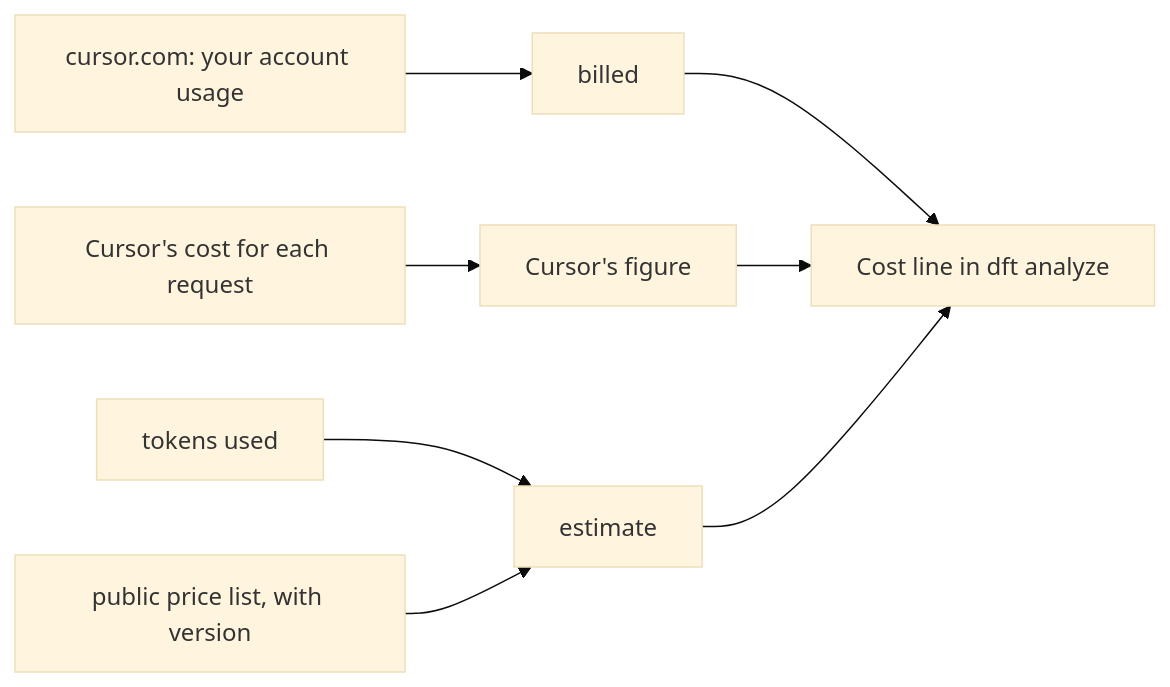
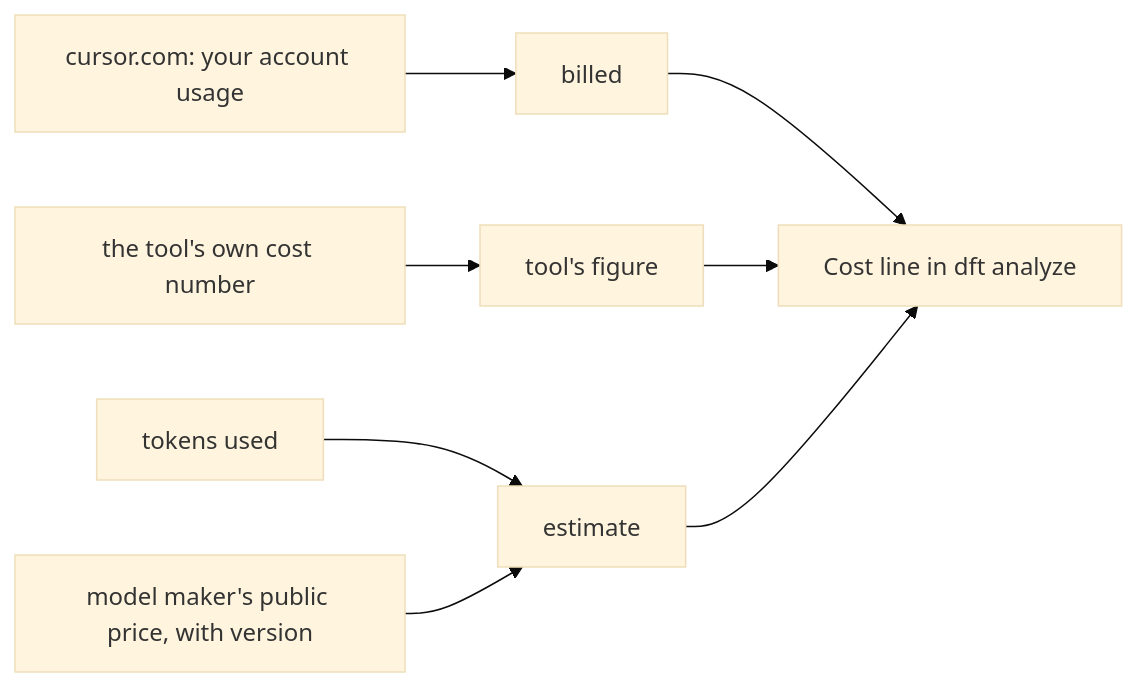
Before and after one commit to BleedingDev/dx-feature-tracker: diagram 12 of 19 in docs/HOW-IT-WORKS.md, drawn with Mermaid (base theme). The commit also changed other lines of this file and 3 other files, not shown here.

````diff
--- a/docs/HOW-IT-WORKS.md
+++ b/docs/HOW-IT-WORKS.md
@@ -338,10 +360,10 @@
 ```mermaid
 flowchart LR
     U["cursor.com: your account usage"] --> B["billed"]
-    C["Cursor's cost for each request"] --> F["Cursor's figure"]
+    C["the tool's own cost number"] --> F["tool's figure"]
     T["tokens used"] --> E["estimate"]
-    P["public price list, with version"] --> E
+    P["model maker's public price, with version"] --> E
     B --> R["Cost line in dft analyze"]
     F --> R
     E --> R
 ```
````
